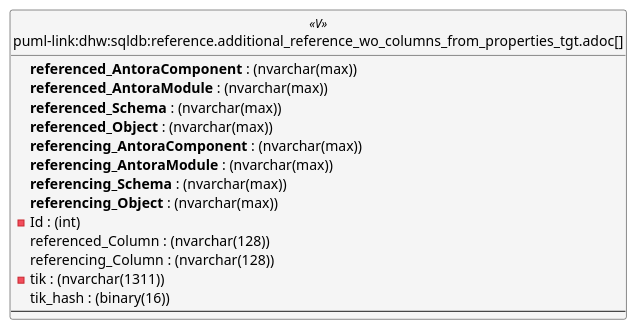
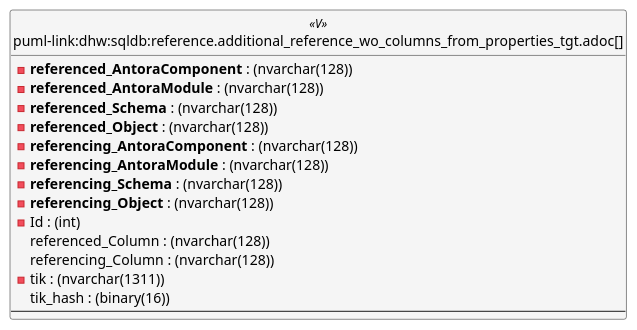
Before and after one commit to DataHandwerk/dhw-antora-sqldb: the first of 6 diagrams in docs/modules/sqldb/partials/content/reference.additional_reference_wo_columns_from_properties_tgt.adoc, drawn with PlantUML. The commit also changed other lines of this file and 641 other files, not shown here.

```diff
--- a/docs/modules/sqldb/partials/content/reference.additional_reference_wo_columns_from_properties_tgt.adoc
+++ b/docs/modules/sqldb/partials/content/reference.additional_reference_wo_columns_from_properties_tgt.adoc
@@ -798,46 +798,46 @@
 [plantuml, entity-{docname}, svg, subs=macros]
 ....
 'Left to right direction
 top to bottom direction
 hide circle
 'avoide "." issues:
 set namespaceSeparator none
 
 
 skinparam class {
   BackgroundColor White
   BackgroundColor<<FN>> Yellow
   BackgroundColor<<FS>> Yellow
   BackgroundColor<<FT>> LightGray
   BackgroundColor<<IF>> Yellow
   BackgroundColor<<IS>> Yellow
   BackgroundColor<<P>>  Aqua
   BackgroundColor<<PC>> Aqua
   BackgroundColor<<SN>> Yellow
   BackgroundColor<<SO>> SlateBlue
   BackgroundColor<<TF>> LightGray
   BackgroundColor<<TR>> Tomato
   BackgroundColor<<U>>  White
   BackgroundColor<<V>>  WhiteSmoke
   BackgroundColor<<X>>  Aqua
   BackgroundColor<<external>> AliceBlue
 }
 
 
 entity "puml-link:dhw:sqldb:reference.additional_reference_wo_columns_from_properties_tgt.adoc[]" as reference.additional_Reference_wo_columns_from_properties_tgt << V >> {
-  **referenced_AntoraComponent** : (nvarchar(max))
-  **referenced_AntoraModule** : (nvarchar(max))
-  **referenced_Schema** : (nvarchar(max))
-  **referenced_Object** : (nvarchar(max))
-  **referencing_AntoraComponent** : (nvarchar(max))
-  **referencing_AntoraModule** : (nvarchar(max))
-  **referencing_Schema** : (nvarchar(max))
-  **referencing_Object** : (nvarchar(max))
+  - **referenced_AntoraComponent** : (nvarchar(128))
+  - **referenced_AntoraModule** : (nvarchar(128))
+  - **referenced_Schema** : (nvarchar(128))
+  - **referenced_Object** : (nvarchar(128))
+  - **referencing_AntoraComponent** : (nvarchar(128))
+  - **referencing_AntoraModule** : (nvarchar(128))
+  - **referencing_Schema** : (nvarchar(128))
+  - **referencing_Object** : (nvarchar(128))
   - Id : (int)
   referenced_Column : (nvarchar(128))
   referencing_Column : (nvarchar(128))
   - tik : (nvarchar(1311))
   tik_hash : (binary(16))
   --
 }
 ....
```
